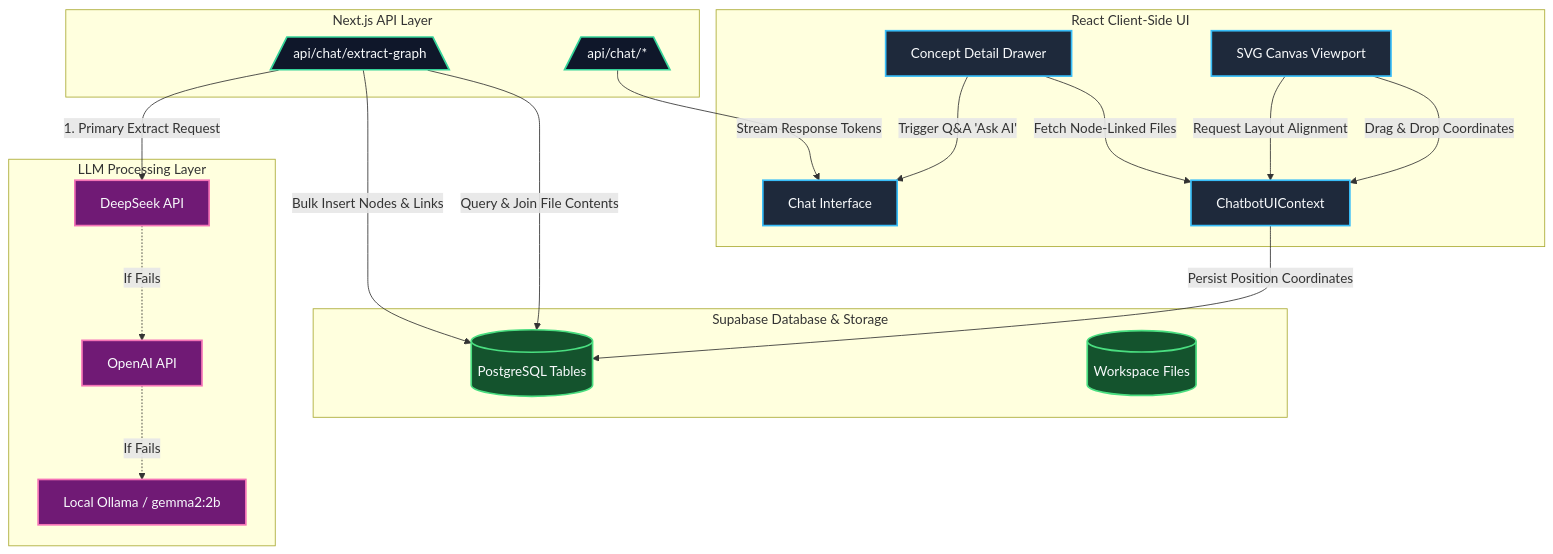
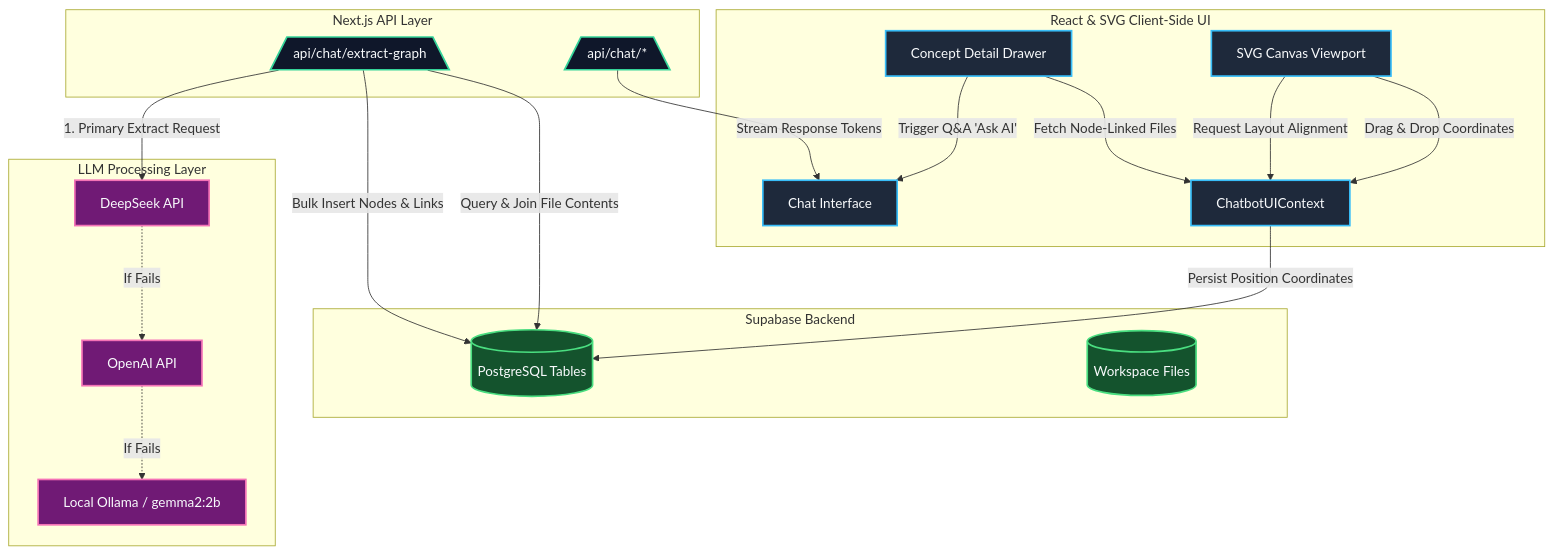
The first of 2 diagrams in README.md (Akhilesh-0529/edu-Graph), drawn with Mermaid before and after one commit. The commit also changed other lines of this file, not shown here.

````diff
--- a/README.md
+++ b/README.md
@@ -40,55 +27,53 @@
 ```mermaid
 graph TD
     %% Styling
     classDef client fill:#1e293b,stroke:#38bdf8,stroke-width:2px,color:#f8fafc;
     classDef server fill:#0f172a,stroke:#34d399,stroke-width:2px,color:#f8fafc;
     classDef database fill:#14532d,stroke:#4ade80,stroke-width:2px,color:#f8fafc;
     classDef providers fill:#701a75,stroke:#f472b6,stroke-width:2px,color:#f8fafc;
 
-    %% Subgraphs
-    subgraph React Client [React Client-Side UI]
+    subgraph Client [React & SVG Client-Side UI]
         Canvas[SVG Canvas Viewport]
         Drawer[Concept Detail Drawer]
         ChatUI[Chat Interface]
         Ctx[ChatbotUIContext]
     end
 
     subgraph Server [Next.js API Layer]
         ExRoute[/api/chat/extract-graph\]
         ChatRoute[/api/chat/*\]
     end
 
-    subgraph DB [Supabase Database & Storage]
+    subgraph DB [Supabase Backend]
         Tables[(PostgreSQL Tables)]
         Storage[(Workspace Files)]
     end
 
     subgraph LLMs [LLM Processing Layer]
         DeepSeek[DeepSeek API]
         OpenAI[OpenAI API]
         Ollama[Local Ollama / gemma2:2b]
     end
 
     %% Interactions
     Canvas -->|Drag & Drop Coordinates| Ctx
     Canvas -->|Request Layout Alignment| Ctx
     Ctx -->|Persist Position Coordinates| Tables
     
     Drawer -->|Fetch Node-Linked Files| Ctx
     Drawer -->|Trigger Q&A 'Ask AI'| ChatUI
     
     ExRoute -->|Query & Join File Contents| Tables
     ExRoute -->|Bulk Insert Nodes & Links| Tables
     ChatRoute -->|Stream Response Tokens| ChatUI
 
     %% API to LLMs
     ExRoute -->|1. Primary Extract Request| DeepSeek
     DeepSeek -.->|If Fails| OpenAI
     OpenAI -.->|If Fails| Ollama
 
-    %% Class assignment
     class Canvas,Drawer,ChatUI,Ctx client;
     class ExRoute,ChatRoute server;
     class Tables,Storage database;
     class DeepSeek,OpenAI,Ollama providers;
 ```
````
